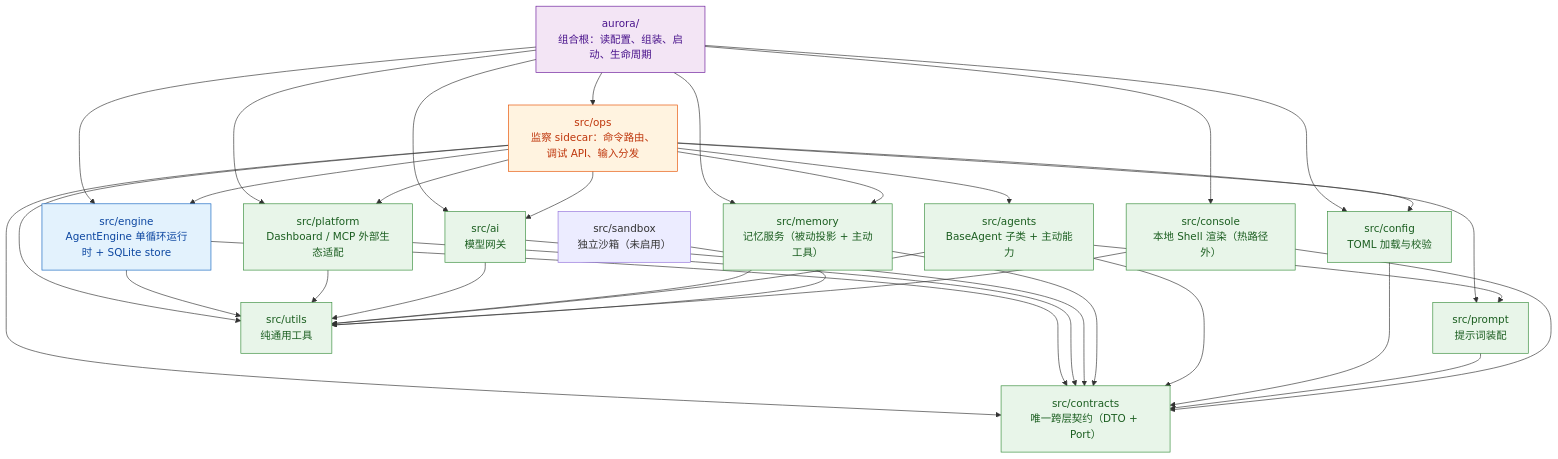
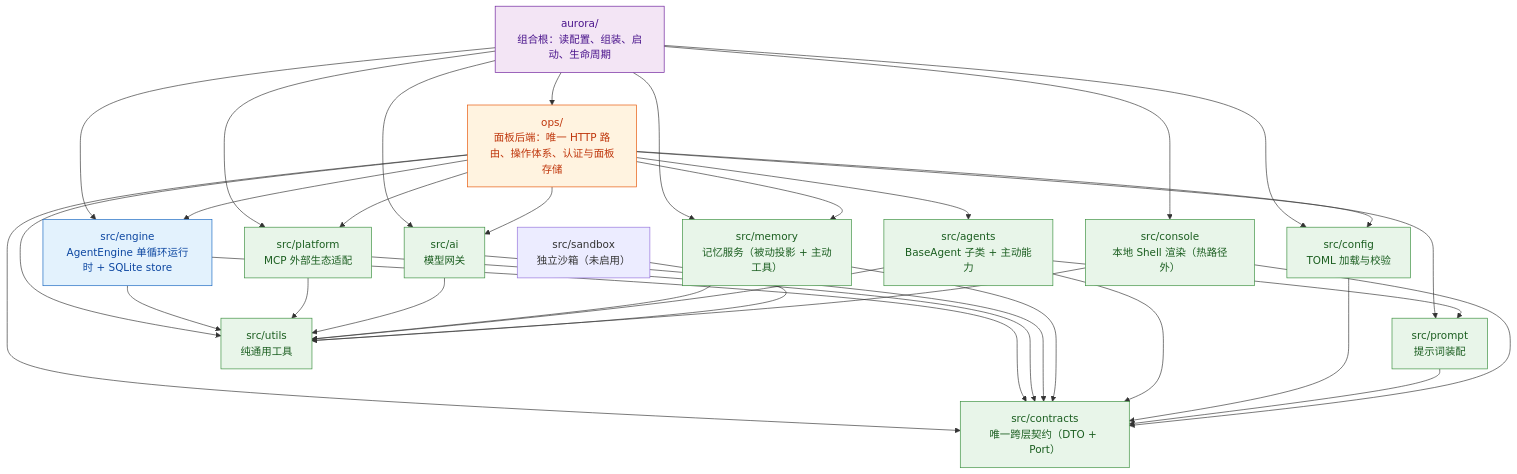
The diagram in docs/TECHNICAL.md (AuroraBot-Dev/AuroraBot), drawn with Mermaid before and after one commit. The commit also changed other lines of this file and 24 other files, not shown here.

First line of the commit message:
Refactor runtime and store initialization; implement migration for SQLite database schema

````diff
--- a/docs/TECHNICAL.md
+++ b/docs/TECHNICAL.md
@@ -29,60 +29,60 @@
 ```mermaid
 graph TD
     aurora["aurora/<br/>组合根：读配置、组装、启动、生命周期"]
-    ops["src/ops<br/>监察 sidecar：命令路由、调试 API、输入分发"]
+    ops["ops/<br/>面板后端：唯一 HTTP 路由、操作体系、认证与面板存储"]
     engine["src/engine<br/>AgentEngine 单循环运行时 + SQLite store"]
     agents["src/agents<br/>BaseAgent 子类 + 主动能力"]
     prompt["src/prompt<br/>提示词装配"]
-    platform["src/platform<br/>Dashboard / MCP 外部生态适配"]
+    platform["src/platform<br/>MCP 外部生态适配"]
     ai["src/ai<br/>模型网关"]
     memory["src/memory<br/>记忆服务（被动投影 + 主动工具）"]
     config["src/config<br/>TOML 加载与校验"]
     contracts["src/contracts<br/>唯一跨层契约（DTO + Port）"]
     utils["src/utils<br/>纯通用工具"]
     console["src/console<br/>本地 Shell 渲染（热路径外）"]
     sandbox["src/sandbox<br/>独立沙箱（未启用）"]
 
     aurora --> engine
     aurora --> ops
     aurora --> platform
     aurora --> ai
     aurora --> memory
     aurora --> config
     aurora --> console
 
     ops --> engine
     ops --> platform
     ops --> ai
     ops --> memory
     ops --> agents
     ops --> config
     ops --> prompt
     ops --> contracts
     ops --> utils
 
     engine --> contracts
     engine --> utils
     platform --> contracts
     platform --> utils
     ai --> contracts
     ai --> utils
     memory --> contracts
     memory --> utils
     agents --> prompt
     agents --> contracts
     agents --> utils
     config --> contracts
     prompt --> contracts
     console --> contracts
     console --> utils
     sandbox --> utils
 
     classDef leaf fill:#e8f5e9,stroke:#388e3c,color:#1b5e20
     classDef core fill:#e3f2fd,stroke:#1565c0,color:#0d47a1
     classDef proc fill:#f3e5f5,stroke:#6a1b9a,color:#4a148c
     classDef inspect fill:#fff3e0,stroke:#e65100,color:#bf360c
     class contracts,prompt,config,memory,ai,agents,platform,console,utils leaf
     class engine core
     class aurora proc
     class ops inspect
 ```
````
